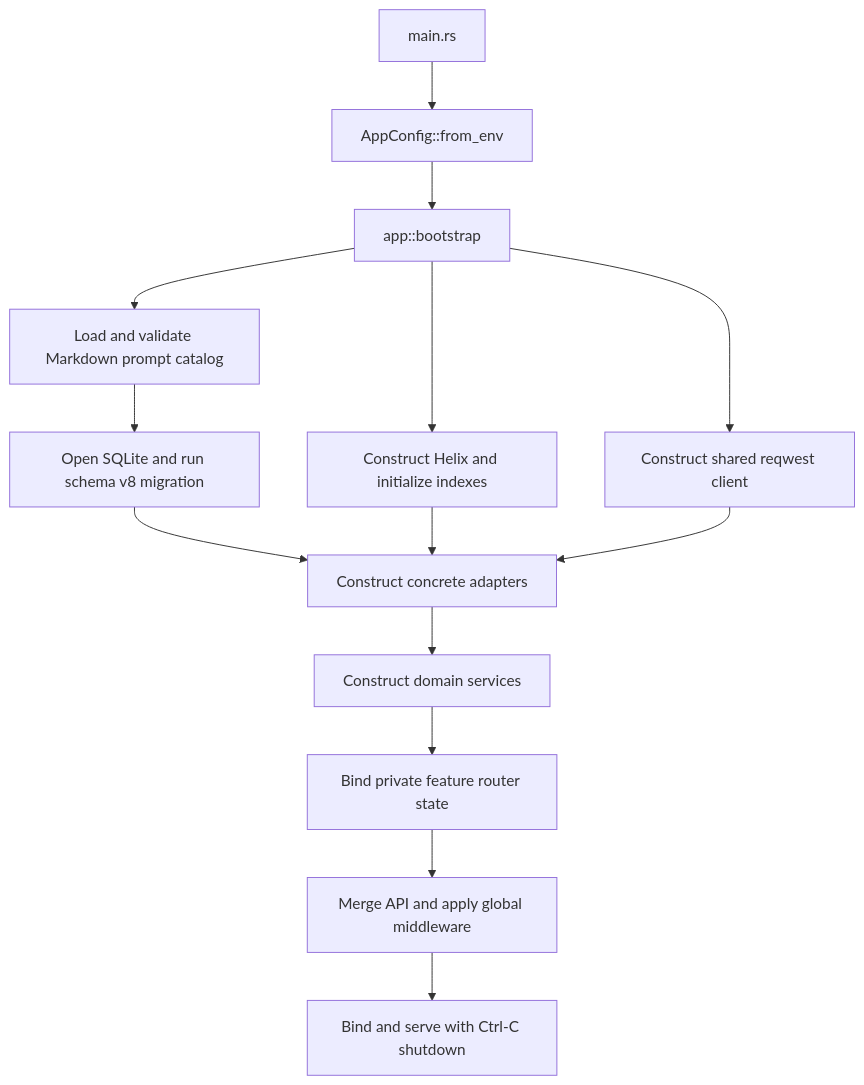
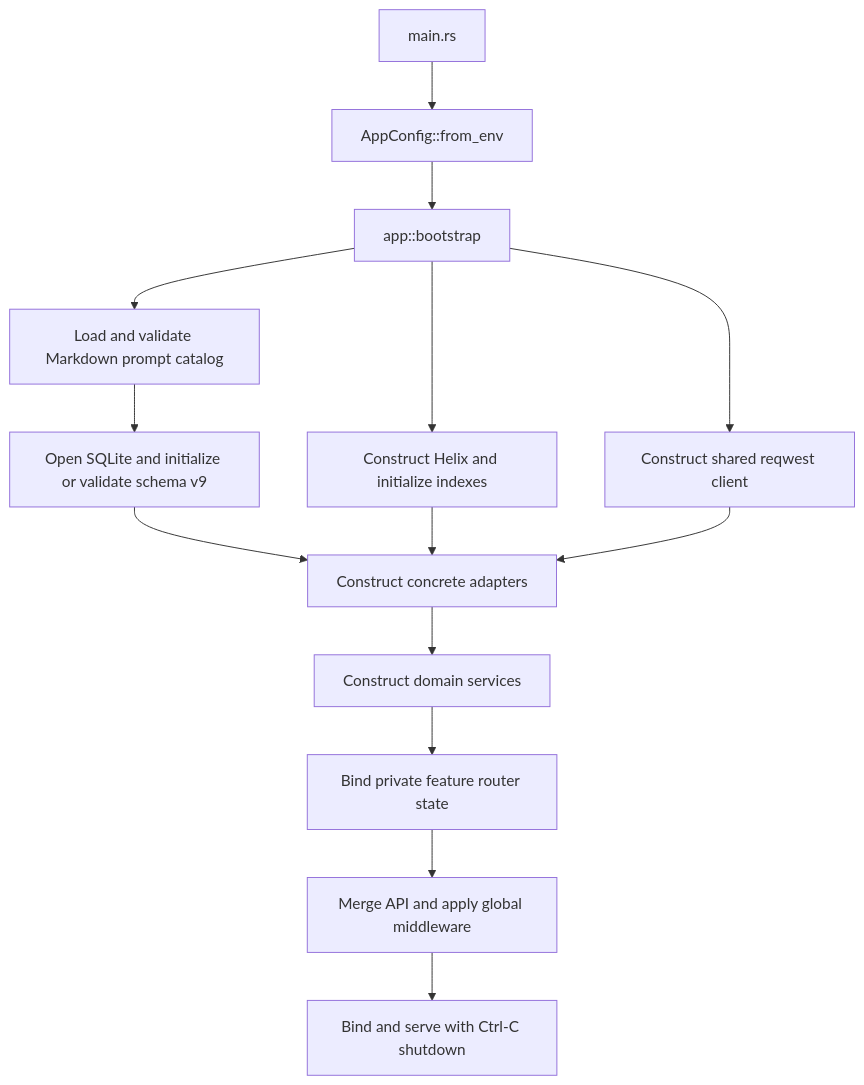
The second of 3 diagrams in docs/ARCHITECTURE.md (ratik-gambhir-WM/Quarry), drawn with Mermaid before and after one commit. The commit also changed other lines of this file and 88 other files, not shown here.

````diff
--- a/docs/ARCHITECTURE.md
+++ b/docs/ARCHITECTURE.md
@@ -825,16 +850,16 @@
 ```mermaid
 flowchart TD
     Main[main.rs] --> Config[AppConfig::from_env]
     Config --> Bootstrap[app::bootstrap]
     Bootstrap --> Prompts[Load and validate Markdown prompt catalog]
-    Prompts --> Sqlite[Open SQLite and run schema v8 migration]
+    Prompts --> Sqlite[Open SQLite and initialize or validate schema v9]
     Bootstrap --> Helix[Construct Helix and initialize indexes]
     Bootstrap --> Http[Construct shared reqwest client]
     Sqlite --> Adapters[Construct concrete adapters]
     Helix --> Adapters
     Http --> Adapters
     Adapters --> Domains[Construct domain services]
     Domains --> FeatureRouters[Bind private feature router state]
     FeatureRouters --> Router[Merge API and apply global middleware]
     Router --> Serve[Bind and serve with Ctrl-C shutdown]
 ```
````
